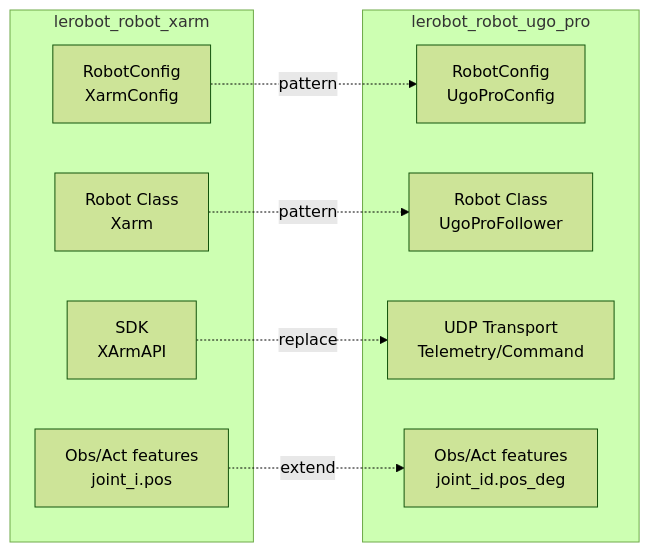
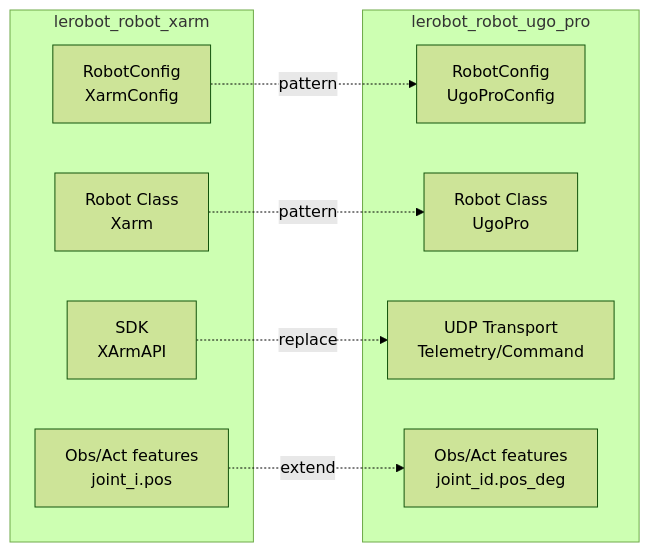
The third of 16 diagrams in docs/lerobot_ugo_pro_design.md (ugo-plus/lerobot-robot-ugo-pro), drawn with Mermaid (forest theme) before and after one commit. The commit also changed other lines of this file and 12 other files, not shown here.

````diff
--- a/docs/lerobot_ugo_pro_design.md
+++ b/docs/lerobot_ugo_pro_design.md
@@ -58,19 +58,19 @@
 ```mermaid
 graph LR
     subgraph lerobot_robot_xarm
         A1[RobotConfig<br>XarmConfig]
         A2[Robot Class<br>Xarm]
         A3[SDK<br>XArmAPI]
         A4[Obs/Act features<br>joint_i.pos]
     end
     subgraph lerobot_robot_ugo_pro
         B1[RobotConfig<br>UgoProConfig]
-        B2[Robot Class<br>UgoProFollower]
+        B2[Robot Class<br>UgoPro]
         B3[UDP Transport<br>Telemetry/Command]
         B4[Obs/Act features<br>joint_id.pos_deg]
     end
     A1 -.pattern.-> B1
     A2 -.pattern.-> B2
     A3 -.replace.-> B3
     A4 -.extend.-> B4
 ```
````
